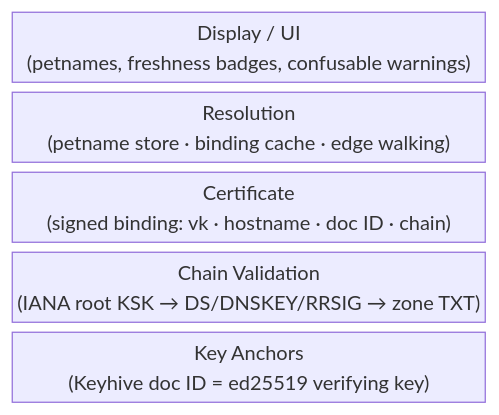
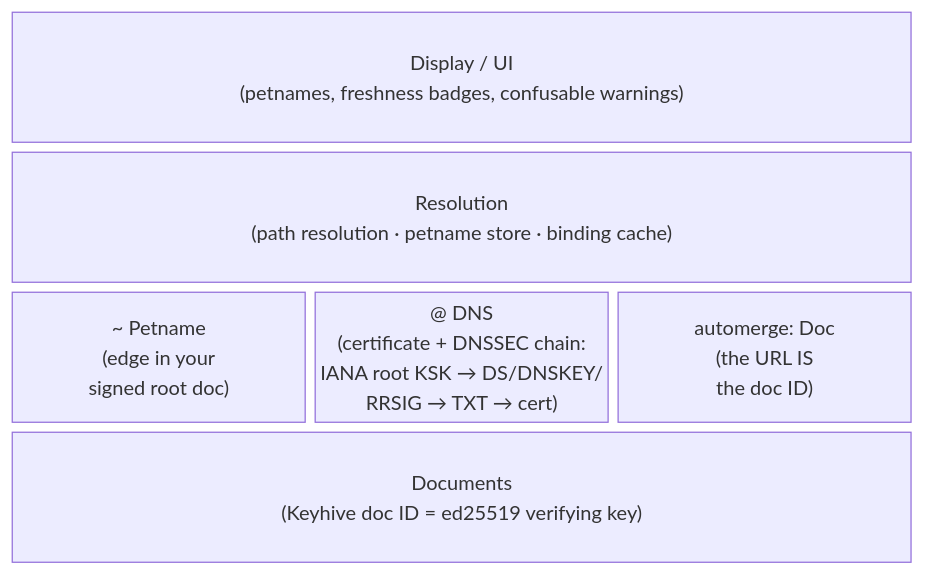
The first of 3 diagrams in design/README.md (inkandswitch/onomancy), drawn with Mermaid before and after one commit. The commit also changed other lines of this file and 42 other files, not shown here.

````diff
--- a/design/README.md
+++ b/design/README.md
@@ -31,9 +46,10 @@
 ```mermaid
 block-beta
-    columns 1
-    Display["Display / UI<br/>(petnames, freshness badges, confusable warnings)"]
-    Resolution["Resolution<br/>(petname store · binding cache · edge walking)"]
-    Certificate["Certificate<br/>(signed binding: vk · hostname · doc ID · chain)"]
-    Chain["Chain Validation<br/>(IANA root KSK → DS/DNSKEY/RRSIG → zone TXT)"]
-    Anchor["Key Anchors<br/>(Keyhive doc ID = ed25519 verifying key)"]
+    columns 3
+    Display["Display / UI<br/>(petnames, freshness badges, confusable warnings)"]:3
+    Resolution["Resolution<br/>(path resolution · petname store · binding cache)"]:3
+    Petname["~ Petname<br/>(edge in your<br/>signed root doc)"]
+    DNS["@ DNS<br/>(certificate + DNSSEC chain:<br/>IANA root KSK → DS/DNSKEY/<br/>RRSIG → TXT → cert)"]
+    Doc["automerge: Doc<br/>(the URL IS<br/>the doc ID)"]
+    Documents["Documents<br/>(Keyhive doc ID = ed25519 verifying key)"]:3
 ```
````
